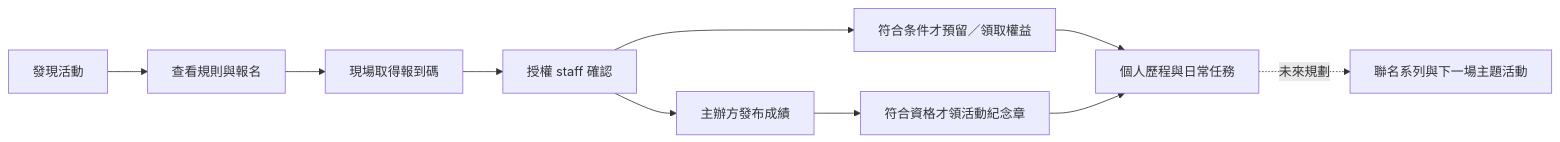
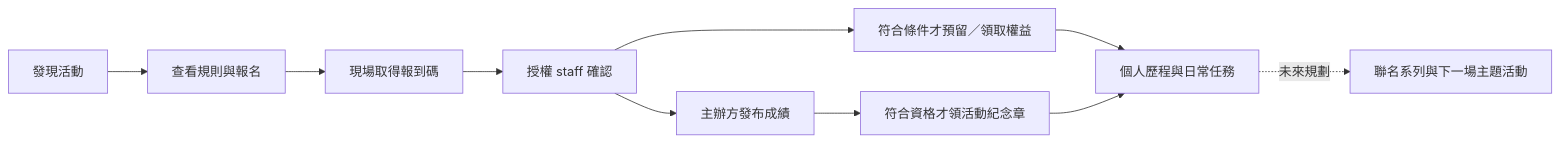
One commit to stan0714/neonshift changed the diagram in docs/store/judges-guide.md. Above: the diagram before and after it, drawn with Mermaid. The commit also changed other lines of this file and 14 other files, not shown here.

````diff
--- a/docs/store/judges-guide.md
+++ b/docs/store/judges-guide.md
@@ -53,12 +53,12 @@
 ```mermaid
 flowchart LR
   A[發現活動] --> B[查看規則與報名]
   B --> C[現場取得報到碼]
   C --> D[授權 staff 確認]
-  D --> E[符合条件才預留／領取權益]
+  D --> E[符合條件才預留／領取權益]
   D --> F[主辦方發布成績]
   F --> G[符合資格才領活動紀念章]
   E --> H[個人歷程與日常任務]
   G --> H
   H -.未來規劃.-> I[聯名系列與下一場主題活動]
 ```
````
